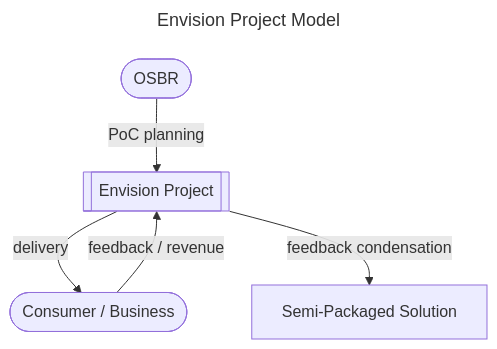
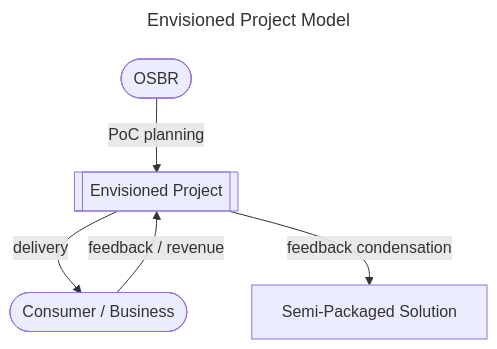
The second of 5 diagrams in doc/strategy.md (osbrjp/handbook), drawn with Mermaid before and after one commit. The commit also changed other lines of this file and 1 other file, not shown here.

````diff
--- a/doc/strategy.md
+++ b/doc/strategy.md
@@ -61,10 +63,10 @@
 ```mermaid
 ---
-title: Envision Project Model
+title: Envisioned Project Model
 ---
 graph TB;
-    OSBR([OSBR]) -- "PoC planning" --> ES[[Envision Project]];
+    OSBR([OSBR]) -- "PoC planning" --> ES[[Envisioned Project]];
     CB -- "feedback / revenue" --> ES;
     ES -- "delivery" --> CB([Consumer / Business]);
     ES -- "feedback condensation" --> SPS[Semi-Packaged Solution];
 ```
````
